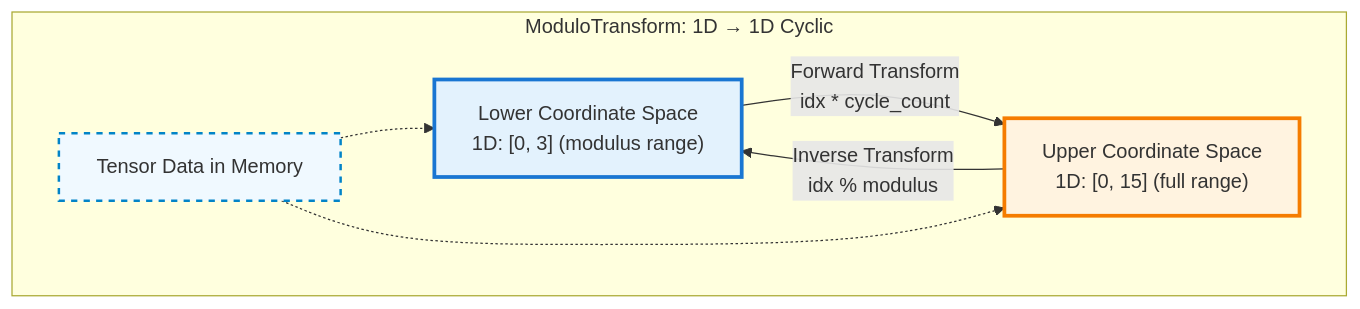
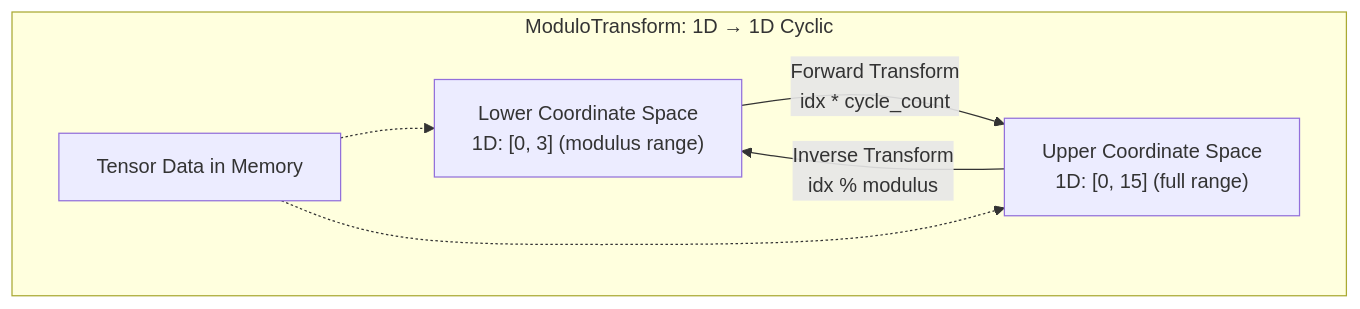
One commit to hdt98/rocm-libraries changed diagram 12 of 12 in projects/composablekernel/docs/conceptual/ck_tile/transforms.rst. Above: the diagram before and after it, drawn with Mermaid. The commit also changed other lines of this file and 21 other files, not shown here.

First line of the commit message:
[ck] Updated CK Tile documentation to use mermaid diagrams (#7955)

```diff
--- a/projects/composablekernel/docs/conceptual/ck_tile/transforms.rst
+++ b/projects/composablekernel/docs/conceptual/ck_tile/transforms.rst
@@ -711,19 +542,15 @@
-      .. mermaid::
-      
-         graph TB
-             subgraph "ModuloTransform: 1D → 1D Cyclic"
-                 LS["Lower Coordinate Space<br/>1D: [0, 3] (modulus range)"]
-                 US["Upper Coordinate Space<br/>1D: [0, 15] (full range)"]
-                 
-                 DATA["Tensor Data in Memory"]
-             end
-             
-             LS -->|"Forward Transform<br/>idx * cycle_count"| US
-             US -->|"Inverse Transform<br/>idx % modulus"| LS
-             
-             DATA -.->|" "| LS
-             DATA -.->|" "| US
-             
-             style LS fill:#e3f2fd,stroke:#1976d2,stroke-width:3px
-             style US fill:#fff3e0,stroke:#f57c00,stroke-width:3px
-             style DATA fill:#f0f9ff,stroke:#0284c7,stroke-width:2px,stroke-dasharray: 5 5
+.. mermaid::
+
+   graph TB
+       subgraph "ModuloTransform: 1D → 1D Cyclic"
+           LS["Lower Coordinate Space<br/>1D: [0, 3] (modulus range)"]
+           US["Upper Coordinate Space<br/>1D: [0, 15] (full range)"]
+
+           DATA["Tensor Data in Memory"]
+       end
+
+       LS -->|"Forward Transform<br/>idx * cycle_count"| US
+       US -->|"Inverse Transform<br/>idx % modulus"| LS
+
+       DATA -.->|" "| LS
+       DATA -.->|" "| US
```
